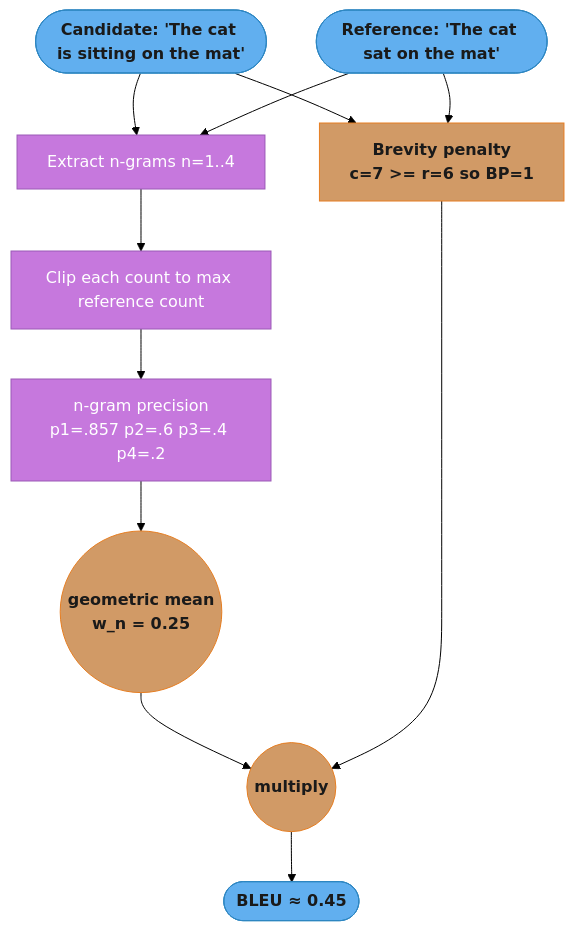
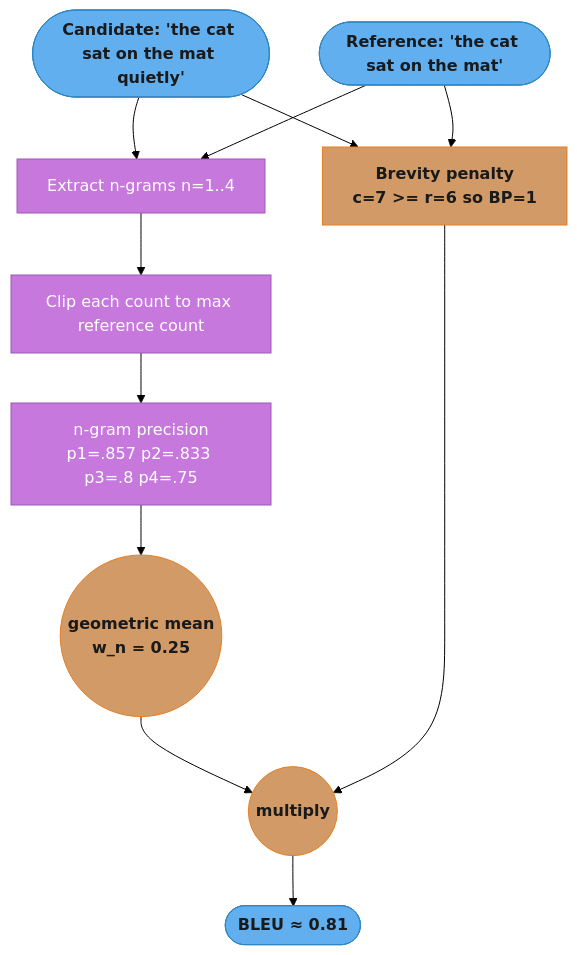
Before and after one commit to rppol/system-design: the first of 4 diagrams in src/main/java/com/rutik/systemdesign/ml/natural_language_processing/nlp_evaluation_and_metrics.md, drawn with Mermaid (forest theme). The commit also changed other lines of this file and 9 other files, not shown here.

````diff
--- a/src/main/java/com/rutik/systemdesign/ml/natural_language_processing/nlp_evaluation_and_metrics.md
+++ b/src/main/java/com/rutik/systemdesign/ml/natural_language_processing/nlp_evaluation_and_metrics.md
@@ -245,25 +245,25 @@
 ```mermaid
 flowchart TD
     classDef io      fill:#61afef,stroke:#2e86c1,color:#1a1a1a,font-weight:bold
     classDef frozen  fill:#c678dd,stroke:#9b59b6,color:#fff
     classDef train   fill:#98c379,stroke:#27ae60,color:#1a1a1a
     classDef mathOp  fill:#d19a66,stroke:#e67e22,color:#1a1a1a,font-weight:bold
     classDef lossN   fill:#e06c75,stroke:#c0392b,color:#fff,font-weight:bold
     classDef req     fill:#56b6c2,stroke:#0097a7,color:#1a1a1a
     classDef base    fill:#e5c07b,stroke:#f39c12,color:#1a1a1a
 
-    C(["Candidate: 'The cat is sitting on the mat'"]) --> NG["Extract n-grams n=1..4"]
-    R(["Reference: 'The cat sat on the mat'"]) --> NG
+    C(["Candidate: 'the cat sat on the mat quietly'"]) --> NG["Extract n-grams n=1..4"]
+    R(["Reference: 'the cat sat on the mat'"]) --> NG
     NG --> CLIP["Clip each count to max reference count"]
-    CLIP --> PREC["n-gram precision\np1=.857 p2=.6 p3=.4 p4=.2"]
+    CLIP --> PREC["n-gram precision\np1=.857 p2=.833 p3=.8 p4=.75"]
     PREC --> GM(("geometric mean\nw_n = 0.25"))
     C --> BP["Brevity penalty\nc=7 >= r=6 so BP=1"]
     R --> BP
     GM --> MUL(("multiply"))
     BP --> MUL
-    MUL --> BLEU(["BLEU ≈ 0.45"])
+    MUL --> BLEU(["BLEU ≈ 0.81"])
 
     class C,R,BLEU io
     class NG,CLIP,PREC frozen
     class GM,BP,MUL mathOp
 ```
````
